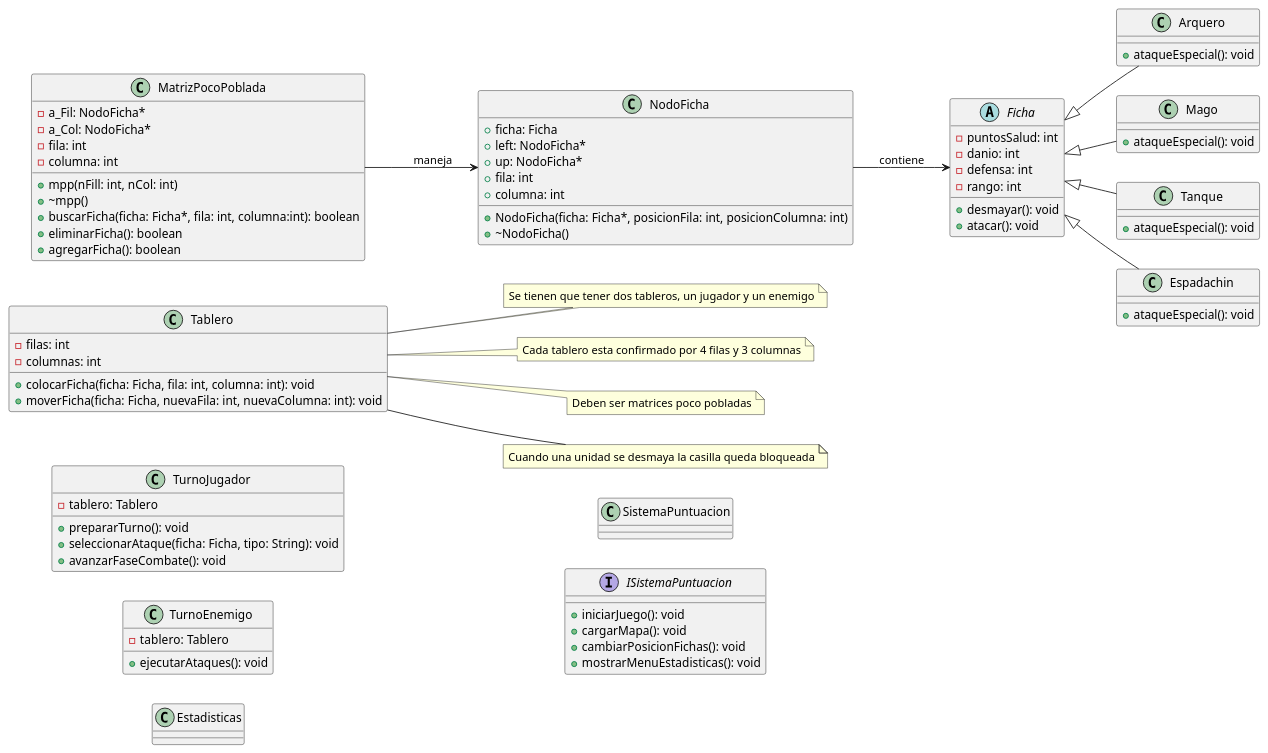
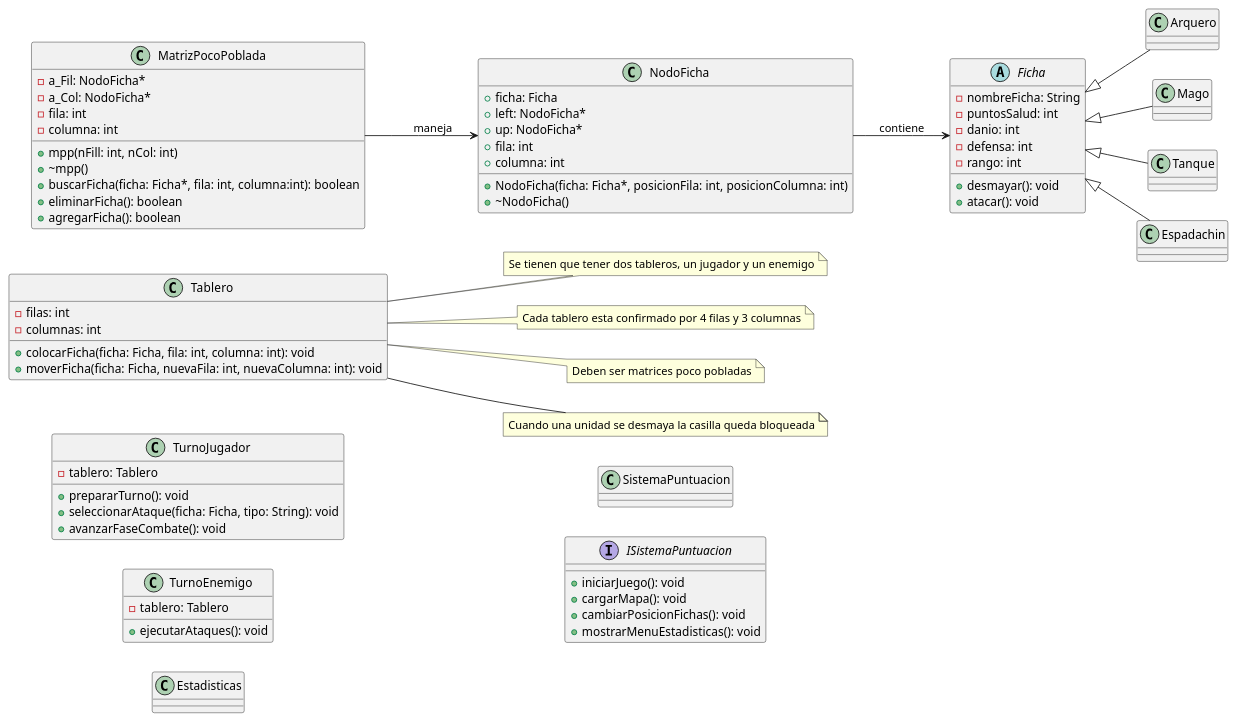
One commit to FelipeRojoC/CLION_Taller1_FelipeRojo changed the diagram in DiagramaDeClases.puml. Above: the diagram before and after it, drawn with PlantUML. The commit also changed 11 other files, not shown here.

```diff
--- a/DiagramaDeClases.puml
+++ b/DiagramaDeClases.puml
@@ -1,110 +1,96 @@
 @startuml
 
 left to right direction
 
 class Tablero{
     - filas: int
     - columnas: int
     + colocarFicha(ficha: Ficha, fila: int, columna: int): void
     + moverFicha(ficha: Ficha, nuevaFila: int, nuevaColumna: int): void
 }
 
 abstract Ficha{
+    - nombreFicha: String
     - puntosSalud: int
     - danio: int
     - defensa: int
     - rango: int
     + desmayar(): void
     + atacar(): void
 }
 
 class NodoFicha{
     + ficha: Ficha
     + left: NodoFicha*
     + up: NodoFicha*
     + fila: int
     + columna: int
     + NodoFicha(ficha: Ficha*, posicionFila: int, posicionColumna: int)
     + ~NodoFicha()
 }
 
 class MatrizPocoPoblada{
     - a_Fil: NodoFicha*
     - a_Col: NodoFicha*
     - fila: int
     - columna: int
     + mpp(nFill: int, nCol: int)
     + ~mpp()
     + buscarFicha(ficha: Ficha*, fila: int, columna:int): boolean
     + eliminarFicha(): boolean
     + agregarFicha(): boolean
 }
 
-class Arquero{
-    +ataqueEspecial(): void
-}
-
-class Mago{
-    +ataqueEspecial(): void
-}
-
-class Tanque{
-    +ataqueEspecial(): void
-}
-
-class Espadachin{
-    +ataqueEspecial(): void
-}
 
 class TurnoJugador{
     - tablero: Tablero
     + prepararTurno(): void
     + seleccionarAtaque(ficha: Ficha, tipo: String): void
     + avanzarFaseCombate(): void
 }
 
 class TurnoEnemigo{
     - tablero: Tablero
     + ejecutarAtaques(): void
 }
 
 
 class Estadisticas{
 
 }
 
 class SistemaPuntuacion{
 
 }
 
 interface ISistemaPuntuacion{
     + iniciarJuego(): void
     + cargarMapa(): void
     + cambiarPosicionFichas(): void
     + mostrarMenuEstadisticas(): void
 }
 
 'Notas
 note "Se tienen que tener dos tableros, un jugador y un enemigo" as N1
 note "Cada tablero esta confirmado por 4 filas y 3 columnas" as N2
 note "Deben ser matrices poco pobladas" as N3
 note "Cuando una unidad se desmaya la casilla queda bloqueada" as N4
 
 'Relaciones de notas
 Tablero -- N1
 Tablero -- N2
 Tablero -- N3
 Tablero -- N4
 
 'Relaciones
 Ficha <|-- Arquero
 Ficha <|-- Mago
 Ficha <|-- Tanque
 Ficha <|-- Espadachin
 
 NodoFicha --> Ficha: contiene
 MatrizPocoPoblada --> NodoFicha: maneja
 
 
 
 @enduml
```
